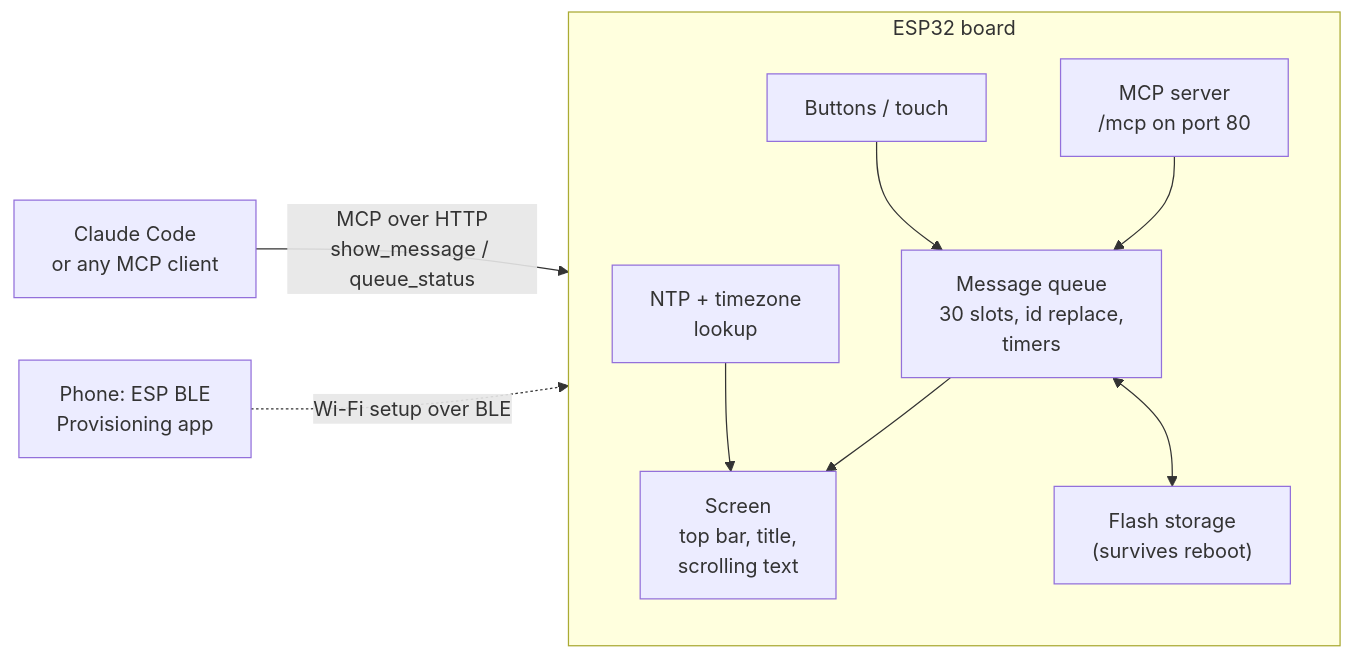
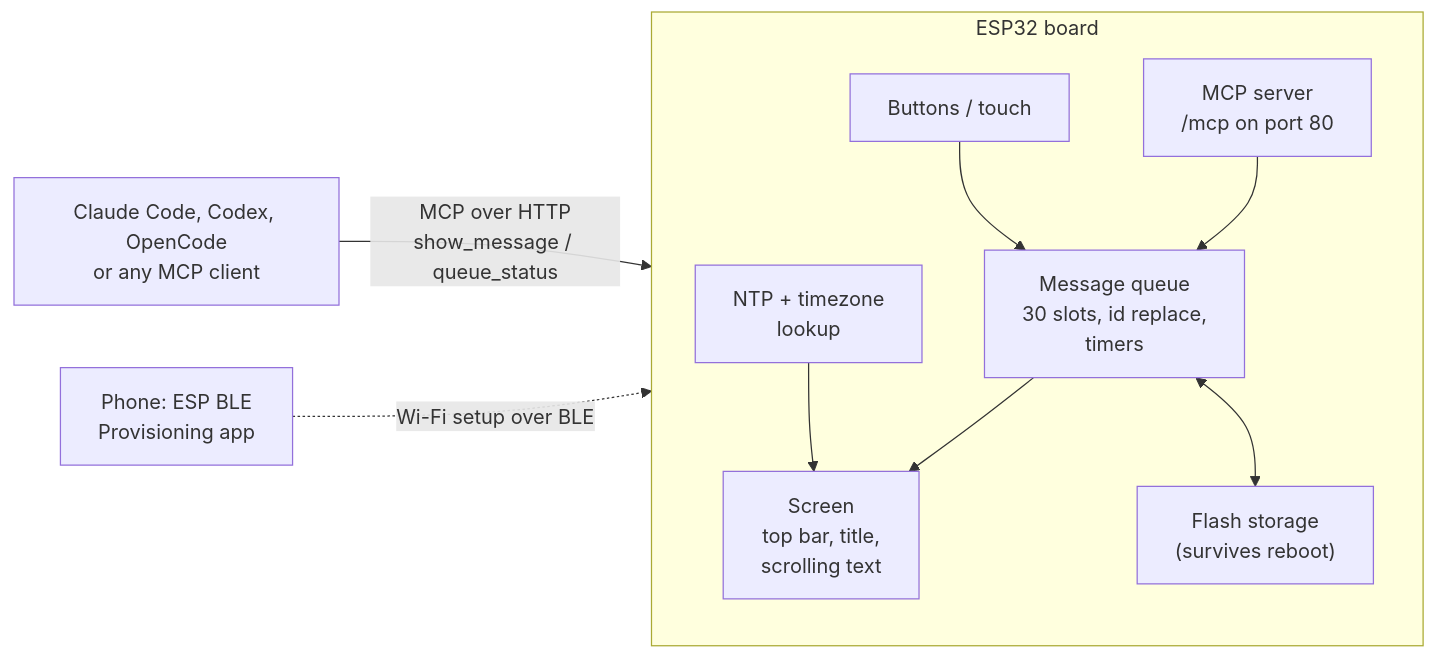
One commit to 8link/ScreenAPI changed the first of 2 diagrams in README.md. Above: the diagram before and after it, drawn with Mermaid. The commit also changed other lines of this file and 1 other file, not shown here.

Commit message:
docs - Add Codex and OpenCode setup to the README

````diff
--- a/README.md
+++ b/README.md
@@ -46,13 +46,13 @@
 ```mermaid
 flowchart LR
-    A["Claude Code<br/>or any MCP client"] -- "MCP over HTTP<br/>show_message / queue_status" --> B
+    A["Claude Code, Codex, OpenCode<br/>or any MCP client"] -- "MCP over HTTP<br/>show_message / queue_status" --> B
     subgraph B["ESP32 board"]
         direction TB
         M["MCP server<br/>/mcp on port 80"] --> Q["Message queue<br/>30 slots, id replace,<br/>timers"]
         Q --> S["Screen<br/>top bar, title,<br/>scrolling text"]
         I["Buttons / touch"] --> Q
         Q <--> F["Flash storage<br/>(survives reboot)"]
         N["NTP + timezone<br/>lookup"] --> S
     end
     P["Phone: ESP BLE<br/>Provisioning app"] -. "Wi-Fi setup over BLE" .-> B
 ```
````
